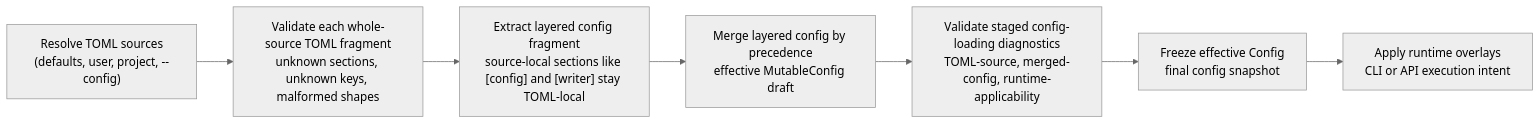
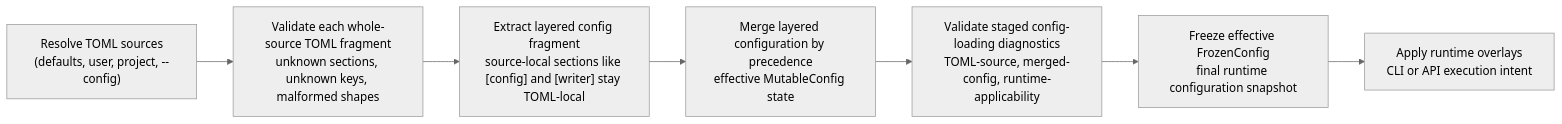
The diagram in docs/configuration/index.md (shutterfreak/topmark), drawn with Mermaid (neutral theme) before and after one commit. The commit also changed other lines of this file and 44 other files, not shown here.

````diff
--- a/docs/configuration/index.md
+++ b/docs/configuration/index.md
@@ -59,12 +62,12 @@
 ```mermaid
 flowchart LR
     A["Resolve TOML sources<br/>(defaults, user, project, --config)"]
     B["Validate each whole-source TOML fragment<br/>unknown sections, unknown keys, malformed shapes"]
     C["Extract layered config fragment<br/>source-local sections like [config] and [writer] stay TOML-local"]
-    D["Merge layered config by precedence<br/>effective MutableConfig draft"]
+    D["Merge layered configuration by precedence<br/>effective MutableConfig state"]
     E["Validate staged config-loading diagnostics<br/>TOML-source, merged-config, runtime-applicability"]
-    F["Freeze effective Config<br/>final config snapshot"]
+    F["Freeze effective FrozenConfig<br/>final runtime configuration snapshot"]
     G["Apply runtime overlays<br/>CLI or API execution intent"]
 
     A --> B --> C --> D --> E --> F --> G
 ```
````
